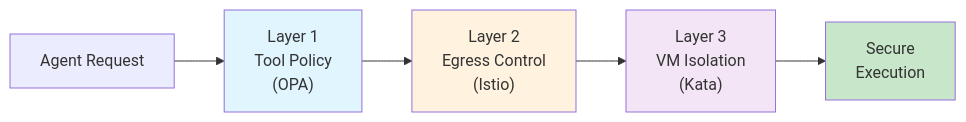
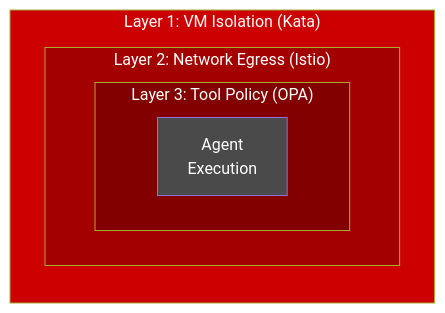
Before and after one commit to rrbanda/agent-sandbox-ocp: the diagram in README.md, drawn with Mermaid. The commit also changed other lines of this file and 6 other files, not shown here.

First line of the commit message:
Update diagrams: correct layer ordering and Red Hat branding

````diff
--- a/README.md
+++ b/README.md
@@ -17,12 +17,15 @@
 ```mermaid
 flowchart LR
-    A["Agent Request"] --> B["Layer 1<br/>Tool Policy<br/>(OPA)"]
-    B --> C["Layer 2<br/>Egress Control<br/>(Istio)"]
-    C --> D["Layer 3<br/>VM Isolation<br/>(Kata)"]
-    D --> E["Secure<br/>Execution"]
+    subgraph L1["Layer 1: VM Isolation (Kata)"]
+        subgraph L2["Layer 2: Network Egress (Istio)"]
+            subgraph L3["Layer 3: Tool Policy (OPA)"]
+                A["Agent<br/>Execution"]
+            end
+        end
+    end
     
-    style B fill:#e1f5fe
-    style C fill:#fff3e0
-    style D fill:#f3e5f5
-    style E fill:#c8e6c9
+    style L1 fill:#CC0000,color:#FFFFFF
+    style L2 fill:#A30000,color:#FFFFFF
+    style L3 fill:#820000,color:#FFFFFF
+    style A fill:#4A4A4A,color:#FFFFFF
 ```
````
